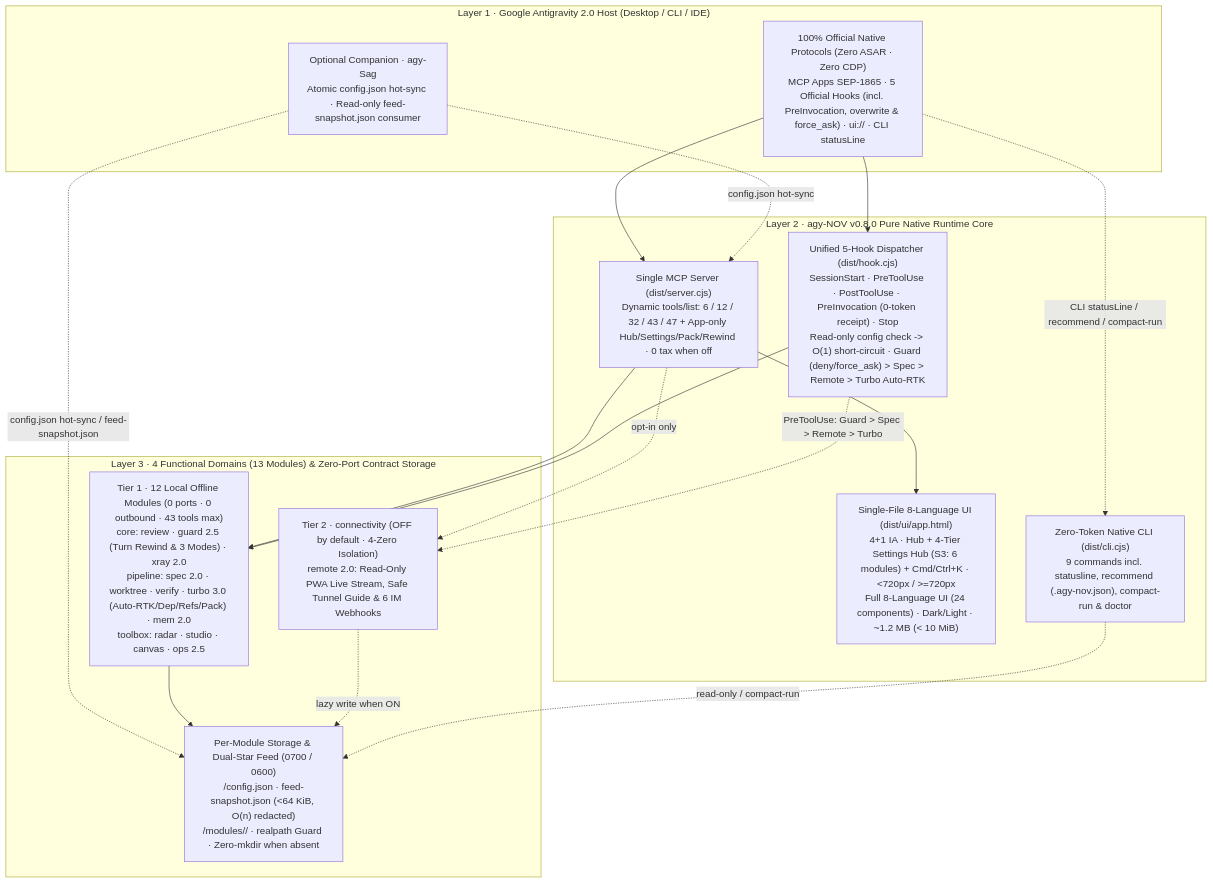
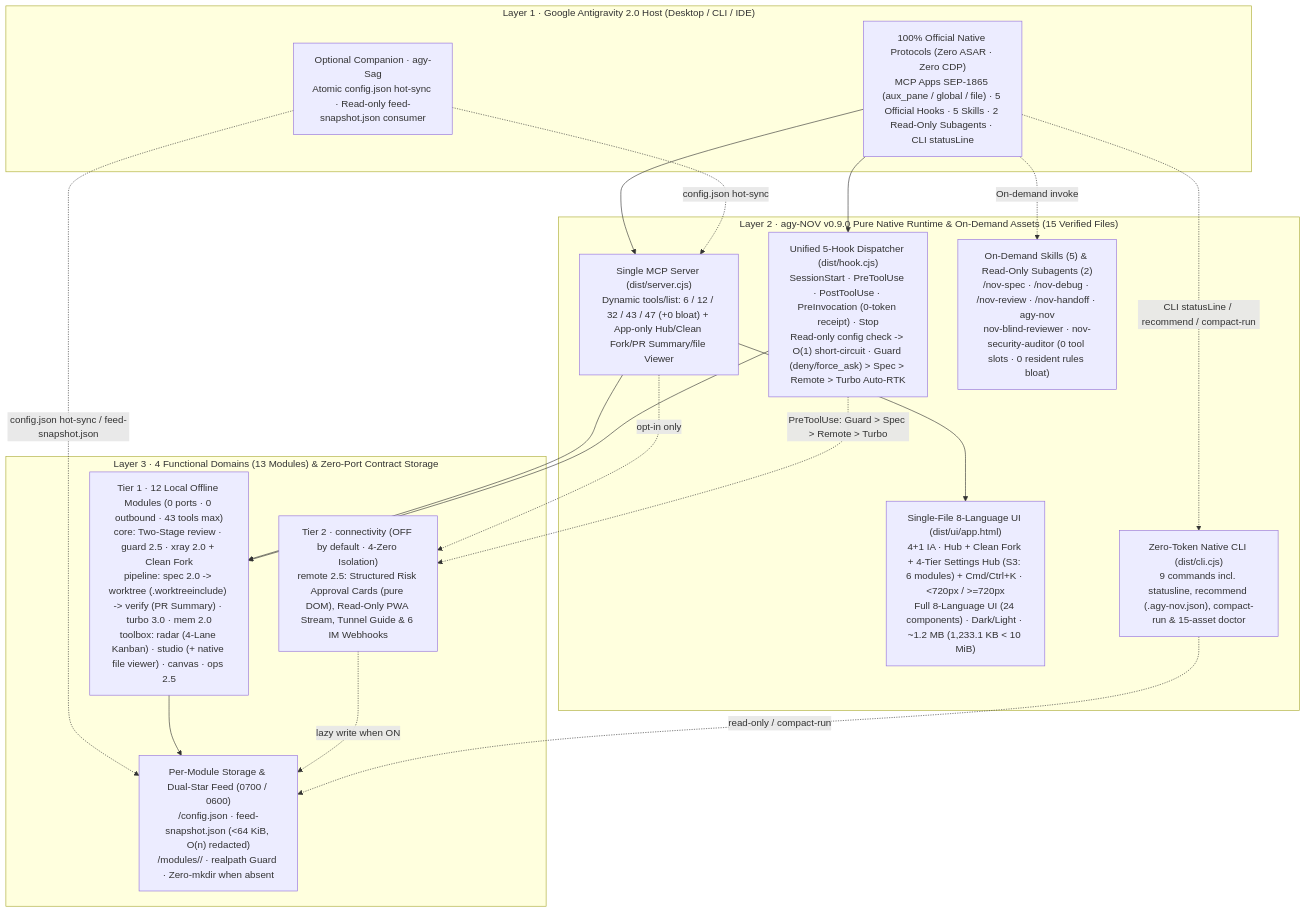
One commit to tone-leh/agy-NOV changed the diagram in README.md. Above: the diagram before and after it, drawn with Mermaid. The commit also changed other lines of this file and 72 other files, not shown here.

Commit message:
release: v0.9.0 — E2E pipeline chain, One-Click Clean Fork, 4 slash playbooks, 2 read-only subagents, native file viewer & Remote 2.5 risk cards

````diff
--- a/README.md
+++ b/README.md
@@ -217,34 +249,36 @@
 ```mermaid
 flowchart TB
   subgraph L1["Layer 1 · Google Antigravity 2.0 Host (Desktop / CLI / IDE)"]
-    Host["100% Official Native Protocols (Zero ASAR · Zero CDP)\nMCP Apps SEP-1865 · 5 Official Hooks (incl. PreInvocation, overwrite & force_ask) · ui:// · CLI statusLine"]
+    Host["100% Official Native Protocols (Zero ASAR · Zero CDP)\nMCP Apps SEP-1865 (aux_pane / global / file) · 5 Official Hooks · 5 Skills · 2 Read-Only Subagents · CLI statusLine"]
     Sag["Optional Companion · agy-Sag\nAtomic config.json hot-sync · Read-only feed-snapshot.json consumer"]
   end
 
-  subgraph L2["Layer 2 · agy-NOV v0.8.0 Pure Native Runtime Core"]
-    MCP["Single MCP Server (dist/server.cjs)\nDynamic tools/list: 6 / 12 / 32 / 43 / 47 + App-only Hub/Settings/Pack/Rewind · 0 tax when off"]
+  subgraph L2["Layer 2 · agy-NOV v0.9.0 Pure Native Runtime & On-Demand Assets (15 Verified Files)"]
+    MCP["Single MCP Server (dist/server.cjs)\nDynamic tools/list: 6 / 12 / 32 / 43 / 47 (+0 bloat) + App-only Hub/Clean Fork/PR Summary/file Viewer"]
     Hook["Unified 5-Hook Dispatcher (dist/hook.cjs)\nSessionStart · PreToolUse · PostToolUse · PreInvocation (0-token receipt) · Stop\nRead-only config check -> O(1) short-circuit · Guard (deny/force_ask) > Spec > Remote > Turbo Auto-RTK"]
-    UI["Single-File 8-Language UI (dist/ui/app.html)\n4+1 IA · Hub + 4-Tier Settings Hub (S3: 6 modules) + Cmd/Ctrl+K · <720px / >=720px\nFull 8-Language UI (24 components) · Dark/Light · ~1.2 MB (< 10 MiB)"]
-    CLI["Zero-Token Native CLI (dist/cli.cjs)\n9 commands incl. statusline, recommend (.agy-nov.json), compact-run & doctor"]
+    UI["Single-File 8-Language UI (dist/ui/app.html)\n4+1 IA · Hub + Clean Fork + 4-Tier Settings Hub (S3: 6 modules) + Cmd/Ctrl+K · <720px / >=720px\nFull 8-Language UI (24 components) · Dark/Light · ~1.2 MB (1,233.1 KB < 10 MiB)"]
+    Playbooks["On-Demand Skills (5) & Read-Only Subagents (2)\n/nov-spec · /nov-debug · /nov-review · /nov-handoff · agy-nov\nnov-blind-reviewer · nov-security-auditor (0 tool slots · 0 resident rules bloat)"]
+    CLI["Zero-Token Native CLI (dist/cli.cjs)\n9 commands incl. statusline, recommend (.agy-nov.json), compact-run & 15-asset doctor"]
   end
 
   subgraph L3["Layer 3 · 4 Functional Domains (13 Modules) & Zero-Port Contract Storage"]
-    T1["Tier 1 · 12 Local Offline Modules (0 ports · 0 outbound · 43 tools max)\ncore: review · guard 2.5 (Turn Rewind & 3 Modes) · xray 2.0\npipeline: spec 2.0 · worktree · verify · turbo 3.0 (Auto-RTK/Dep/Refs/Pack) · mem 2.0\ntoolbox: radar · studio · canvas · ops 2.5"]
-    T2R["Tier 2 · connectivity (OFF by default · 4-Zero Isolation)\nremote 2.0: Read-Only PWA Live Stream, Safe Tunnel Guide & 6 IM Webhooks"]
+    T1["Tier 1 · 12 Local Offline Modules (0 ports · 0 outbound · 43 tools max)\ncore: Two-Stage review · guard 2.5 · xray 2.0 + Clean Fork\npipeline: spec 2.0 -> worktree (.worktreeinclude) -> verify (PR Summary) · turbo 3.0 · mem 2.0\ntoolbox: radar (4-Lane Kanban) · studio (+ native file viewer) · canvas · ops 2.5"]
+    T2R["Tier 2 · connectivity (OFF by default · 4-Zero Isolation)\nremote 2.5: Structured Risk Approval Cards (pure DOM), Read-Only PWA Stream, Tunnel Guide & 6 IM Webhooks"]
     Store["Per-Module Storage & Dual-Star Feed (0700 / 0600)\n<dataDir>/config.json · feed-snapshot.json (<64 KiB, O(n) redacted)\n<dataDir>/modules/<id>/ · realpath Guard · Zero-mkdir when absent"]
   end
 
   Host --> MCP
   Host --> Hook
+  Host -. "On-demand invoke" .-> Playbooks
   Host -. "CLI statusLine / recommend / compact-run" .-> CLI
   Sag -. "config.json hot-sync / feed-snapshot.json" .-> Store
   Sag -. "config.json hot-sync" .-> MCP
   MCP --> UI
   MCP --> T1
   MCP -. "opt-in only" .-> T2R
   Hook --> T1
   Hook -. "PreToolUse: Guard > Spec > Remote > Turbo" .-> T2R
   T1 --> Store
   T2R -. "lazy write when ON" .-> Store
   CLI -. "read-only / compact-run" .-> Store
 ```
````
